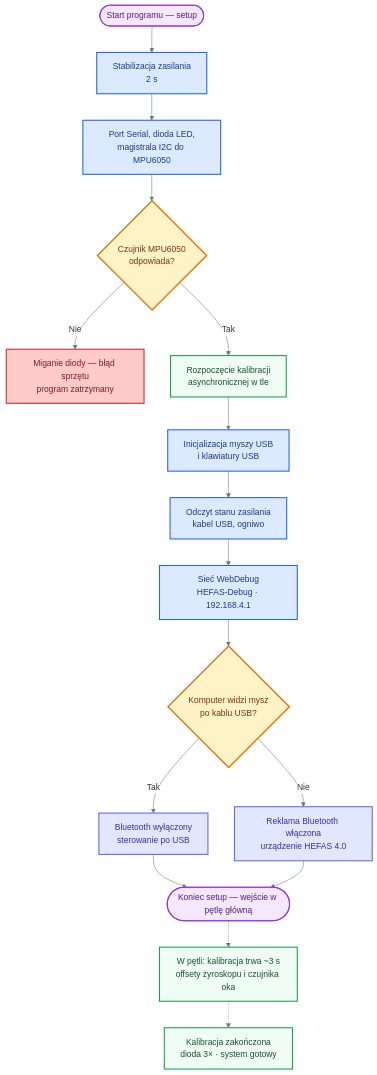
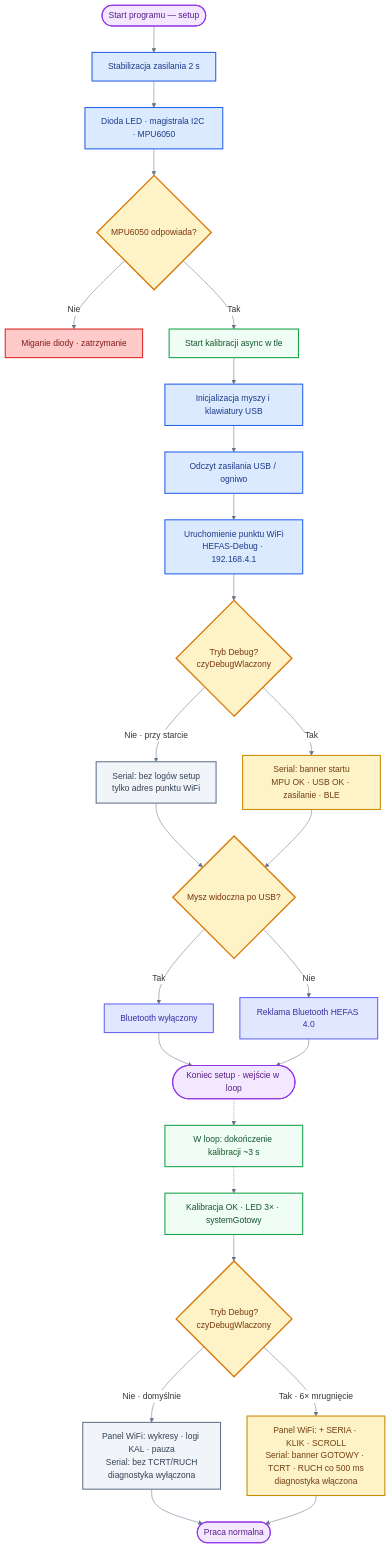
Before and after one commit to bartkadres-ai/HEFAS-4.0: the second of 10 diagrams in README.md, drawn with Mermaid. The commit also changed other lines of this file, not shown here.

````diff
--- a/README.md
+++ b/README.md
@@ -332,33 +332,50 @@
 ```mermaid
 %%{init: { 'theme': 'default', 'themeVariables': { 'darkMode': false, 'background': '#ffffff', 'mainBkg': '#ffffff', 'primaryColor': '#ffffff', 'secondaryColor': '#ffffff', 'tertiaryColor': '#ffffff', 'primaryTextColor': '#1e293b', 'secondaryTextColor': '#334155', 'lineColor': '#64748b', 'primaryBorderColor': '#94a3b8', 'clusterBkg': '#f1f5f9', 'clusterBorder': '#94a3b8', 'edgeLabelBackground': '#ffffff', 'noteBkgColor': '#f8fafc', 'noteTextColor': '#475569', 'fontFamily': 'arial' }}}%%
 flowchart TD
-    START([Start programu — setup]) --> WAIT["Stabilizacja zasilania<br/>2 s"]
-    WAIT --> HW["Port Serial, dioda LED,<br/>magistrala I2C do MPU6050"]
-    HW --> MPU{"Czujnik MPU6050<br/>odpowiada?"}
-    MPU -->|Nie| FATAL["Miganie diody — błąd sprzętu<br/>program zatrzymany"]
-    MPU -->|Tak| KAL["Rozpoczęcie kalibracji<br/>asynchronicznej w tle"]
-    KAL --> USB["Inicjalizacja myszy USB<br/>i klawiatury USB"]
-    USB --> ZAS["Odczyt stanu zasilania<br/>kabel USB, ogniwo"]
-    ZAS --> WIFI["Sieć WebDebug<br/>HEFAS-Debug · 192.168.4.1"]
-    WIFI --> CHAN{"Komputer widzi mysz<br/>po kablu USB?"}
-    CHAN -->|Tak| USBONLY["Bluetooth wyłączony<br/>sterowanie po USB"]
-    CHAN -->|Nie| BLEON["Reklama Bluetooth włączona<br/>urządzenie HEFAS 4.0"]
+    START([Start programu — setup]) --> WAIT["Stabilizacja zasilania 2 s"]
+    WAIT --> HW["Dioda LED · magistrala I2C · MPU6050"]
+    HW --> MPU{"MPU6050 odpowiada?"}
+    MPU -->|Nie| FATAL["Miganie diody · zatrzymanie"]
+    MPU -->|Tak| KAL["Start kalibracji async w tle"]
+    KAL --> USB["Inicjalizacja myszy i klawiatury USB"]
+    USB --> ZAS["Odczyt zasilania USB / ogniwo"]
+    ZAS --> AP["Uruchomienie punktu WiFi<br/>HEFAS-Debug · 192.168.4.1"]
+
+    AP --> DBG1{"Tryb Debug?<br/>czyDebugWlaczony"}
+    DBG1 -->|Nie · przy starcie| D1N["Serial: bez logów setup<br/>tylko adres punktu WiFi"]
+    DBG1 -->|Tak| D1Y["Serial: banner startu<br/>MPU OK · USB OK · zasilanie · BLE"]
+    D1N --> CHAN
+    D1Y --> CHAN
+
+    CHAN{"Mysz widoczna po USB?"}
+    CHAN -->|Tak| USBONLY["Bluetooth wyłączony"]
+    CHAN -->|Nie| BLEON["Reklama Bluetooth HEFAS 4.0"]
     USBONLY --> LOOP
-    BLEON --> LOOP([Koniec setup — wejście w pętlę główną])
+    BLEON --> LOOP([Koniec setup · wejście w loop])
 
-    LOOP -.-> KALLOOP["W pętli: kalibracja trwa ~3 s<br/>offsety żyroskopu i czujnika oka"]
-    KALLOOP -.-> READY["Kalibracja zakończona<br/>dioda 3× · system gotowy"]
+    LOOP -.-> KALLOOP["W loop: dokończenie kalibracji ~3 s"]
+    KALLOOP -.-> READY["Kalibracja OK · LED 3× · systemGotowy"]
+
+    READY --> DBG2{"Tryb Debug?<br/>czyDebugWlaczony"}
+    DBG2 -->|Nie · domyślnie| D2N["Panel WiFi: wykresy · logi KAL · pauza<br/>Serial: bez TCRT/RUCH<br/>diagnostyka wyłączona"]
+    DBG2 -->|Tak · 6× mrugnięcie| D2Y["Panel WiFi: + SERIA · KLIK · SCROLL<br/>Serial: banner GOTOWY · TCRT · RUCH co 500 ms<br/>diagnostyka włączona"]
+    D2N --> KON([Praca normalna])
+    D2Y --> KON
 
     classDef startEnd fill:#f3e8ff,stroke:#9333ea,stroke-width:2px,color:#581c87
     classDef process fill:#dbeafe,stroke:#2563eb,stroke-width:2px,color:#1e3a8a
     classDef bad fill:#fecaca,stroke:#dc2626,stroke-width:2px,color:#7f1d1d
     classDef decision fill:#fef3c7,stroke:#d97706,stroke-width:2.5px,color:#78350f
     classDef branch fill:#e0e7ff,stroke:#6366f1,stroke-width:2px,color:#3730a3
     classDef async fill:#f0fdf4,stroke:#16a34a,stroke-width:2px,color:#14532d
-    class START,LOOP startEnd
-    class WAIT,HW,USB,ZAS,WIFI process
+    classDef dbgNo fill:#f1f5f9,stroke:#64748b,stroke-width:2px,color:#334155
+    classDef dbgYes fill:#fef3c7,stroke:#ca8a04,stroke-width:2px,color:#713f12
+    class START,LOOP,KON startEnd
+    class WAIT,HW,USB,ZAS,AP process
     class KAL,KALLOOP,READY async
     class FATAL bad
-    class MPU,CHAN decision
+    class MPU,CHAN,DBG1,DBG2 decision
     class USBONLY,BLEON branch
+    class D1N,D2N dbgNo
+    class D1Y,D2Y dbgYes
 ```
````
